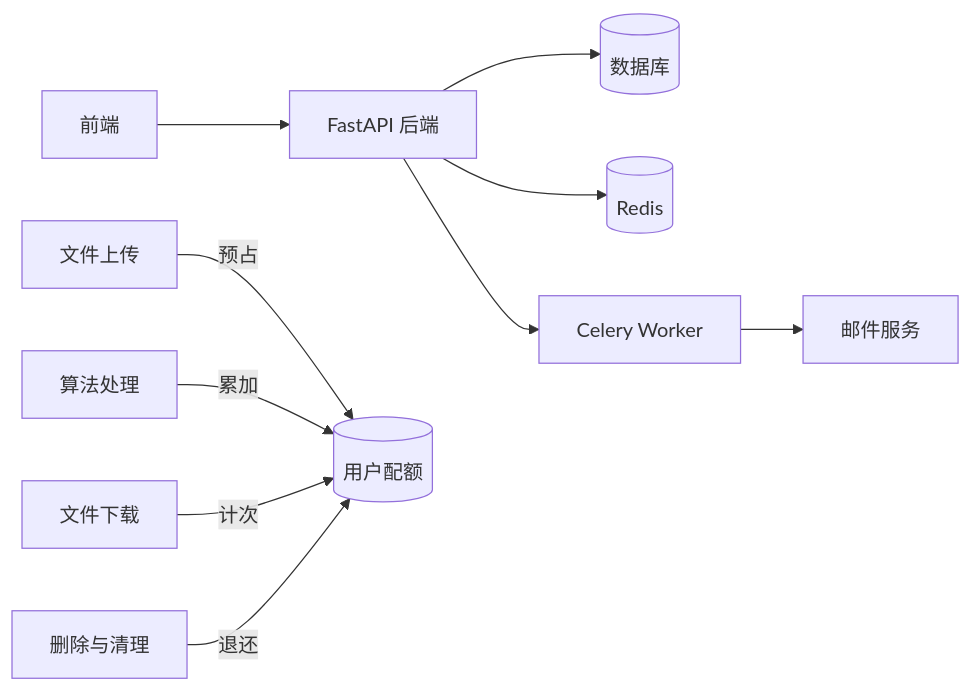
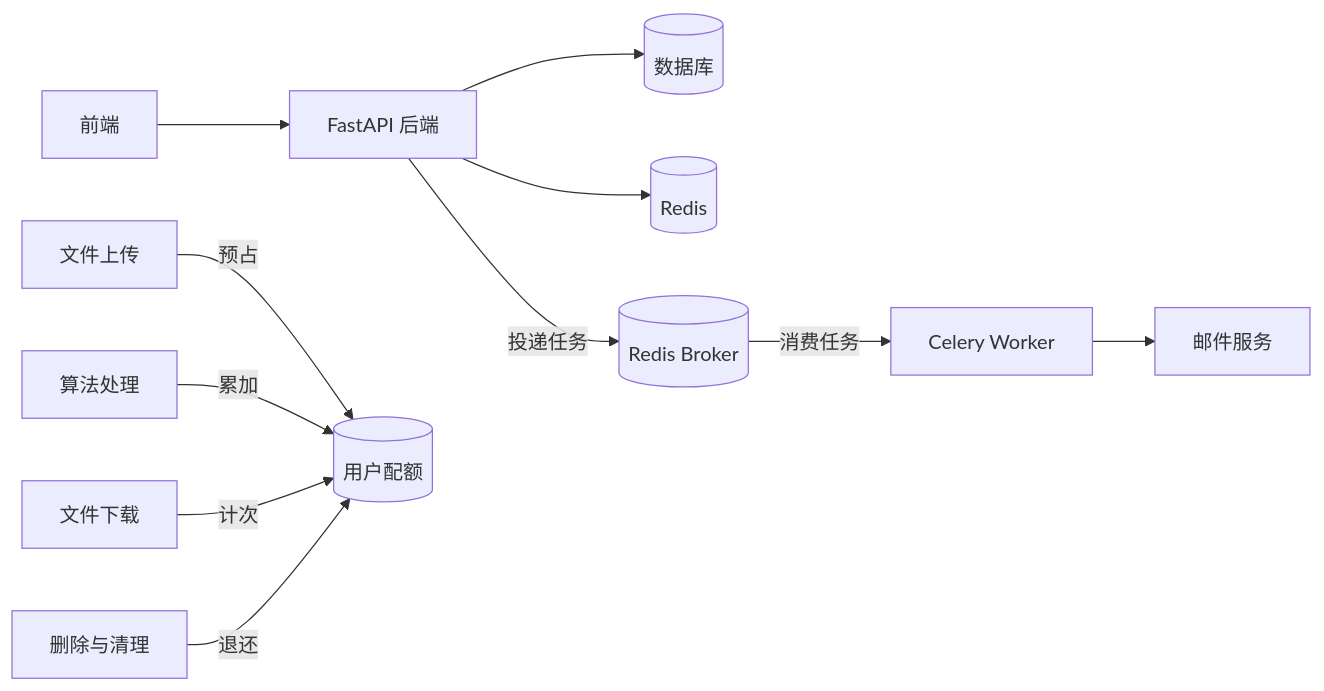
Before and after one commit to NeoNexusX/Kawaru: the first of 2 diagrams in docs/zh/核心业务API架构-用户与配额.md, drawn with Mermaid. The commit also changed other lines of this file and 27 other files, not shown here.

First line of the commit message:
feat: Update API documentation and architecture for user authentication, task processing, and statistics

````diff
--- a/docs/zh/核心业务API架构-用户与配额.md
+++ b/docs/zh/核心业务API架构-用户与配额.md
@@ -13,14 +13,15 @@
 ```mermaid
 flowchart LR
     Frontend[前端] --> API[FastAPI 后端]
     API --> DB[(数据库)]
     API --> Redis[(Redis)]
-    API --> Worker[Celery Worker]
+    API -- 投递任务 --> Broker[(Redis Broker)]
+    Broker -- 消费任务 --> Worker[Celery Worker]
     Worker --> SMTP[邮件服务]
 
     Upload[文件上传] -->|预占| Q
     Process[算法处理] -->|累加| Q
     Download[文件下载] -->|计次| Q
     Delete[删除与清理] -->|退还| Q
     Q[(用户配额)]
 ```
````
